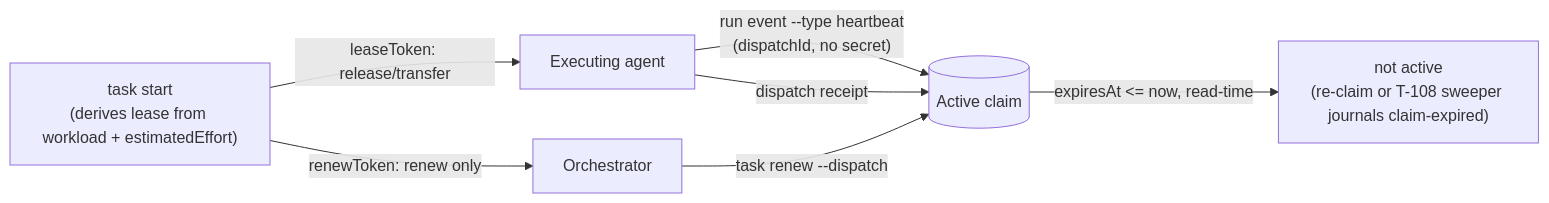
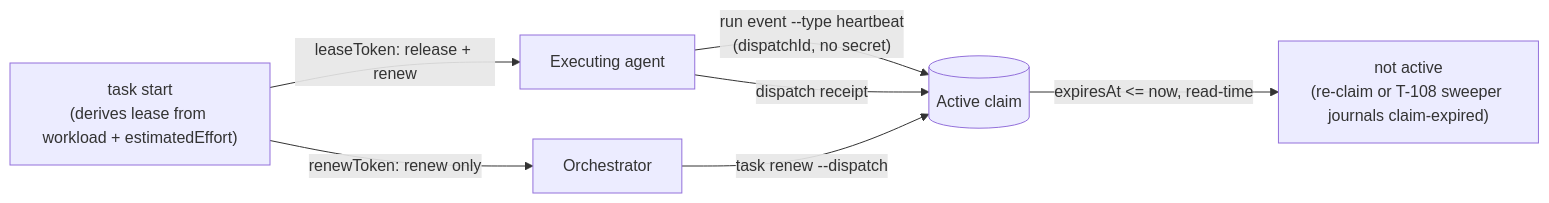
The first of 2 diagrams in docs/engineering/coordination-v2.md (alotth/mapctx), drawn with Mermaid before and after one commit. The commit also changed other lines of this file, not shown here.

````diff
--- a/docs/engineering/coordination-v2.md
+++ b/docs/engineering/coordination-v2.md
@@ -320,10 +377,10 @@
 ```mermaid
 flowchart LR
   S["task start<br/>(derives lease from workload + estimatedEffort)"]
-  S -->|leaseToken: release/transfer| EX[Executing agent]
+  S -->|"leaseToken: release + renew"| EX[Executing agent]
   S -->|renewToken: renew only| OR[Orchestrator]
   EX -->|"run event --type heartbeat<br/>(dispatchId, no secret)"| L[(Active claim)]
   OR -->|"task renew --dispatch"| L
   EX -->|"dispatch receipt"| L
   L -->|"expiresAt <= now, read-time"| G["not active<br/>(re-claim or T-108 sweeper journals claim-expired)"]
 ```
````
